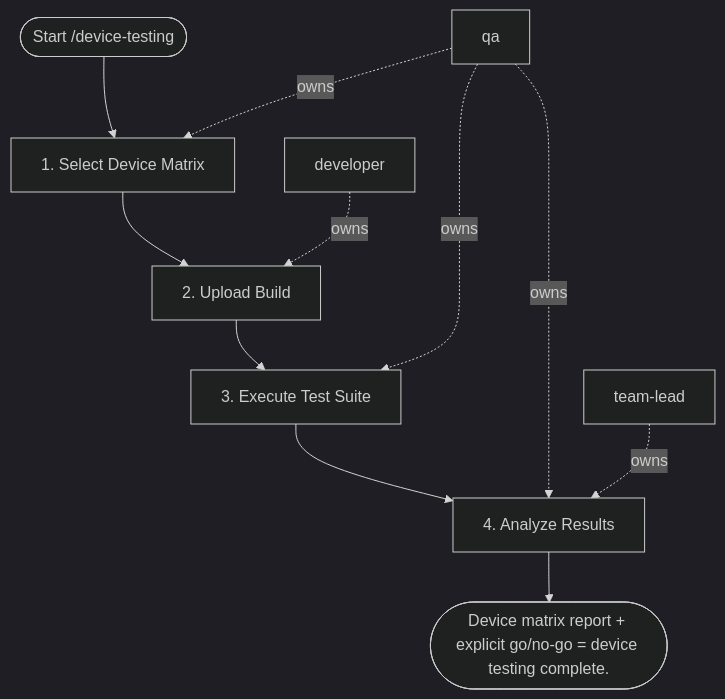
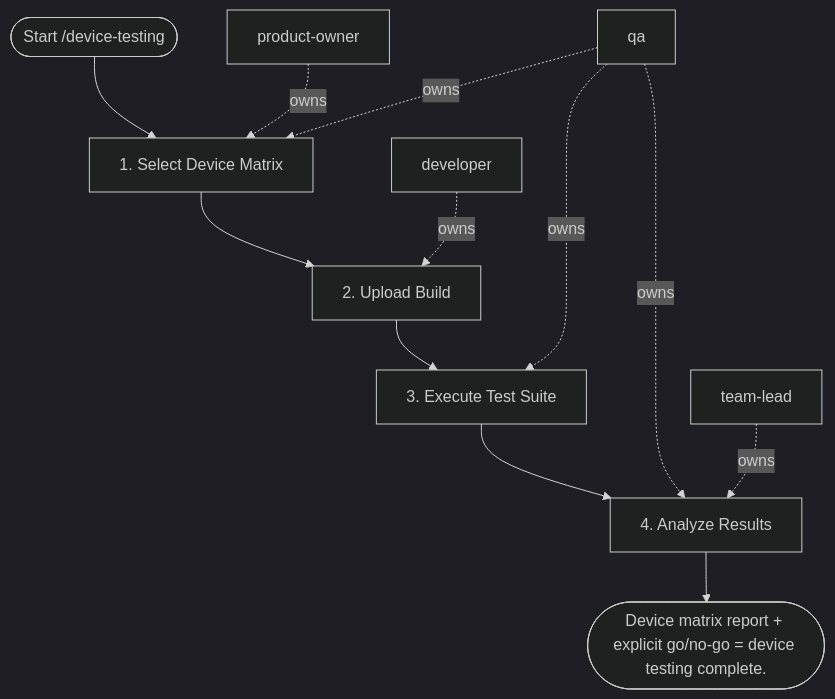
The diagram in areas/software/mobile/workflows/device-testing.md (sawrus/agent-guides), drawn with Mermaid (dark theme) before and after one commit. The commit also changed other lines of this file and 76 other files, not shown here.

Commit message:
Standardize workflow product owner initiation

````diff
--- a/areas/software/mobile/workflows/device-testing.md
+++ b/areas/software/mobile/workflows/device-testing.md
@@ -56,22 +56,24 @@
 ```mermaid
 flowchart TD
   start(["Start /device-testing"])
-  role_1["qa"]
-  role_2["developer"]
-  role_3["team-lead"]
+  role_1["product-owner"]
+  role_2["qa"]
+  role_3["developer"]
+  role_4["team-lead"]
   step_1["1. Select Device Matrix"]
   step_2["2. Upload Build"]
   step_3["3. Execute Test Suite"]
   step_4["4. Analyze Results"]
   exit(["Device matrix report + explicit go/no-go = device testing complete."])
   start --> step_1
   step_1 --> step_2
   step_2 --> step_3
   step_3 --> step_4
   step_4 --> exit
   role_1 -. owns .-> step_1
-  role_2 -. owns .-> step_2
-  role_1 -. owns .-> step_3
-  role_1 -. owns .-> step_4
-  role_3 -. owns .-> step_4
+  role_2 -. owns .-> step_1
+  role_3 -. owns .-> step_2
+  role_2 -. owns .-> step_3
+  role_2 -. owns .-> step_4
+  role_4 -. owns .-> step_4
 ```
````
